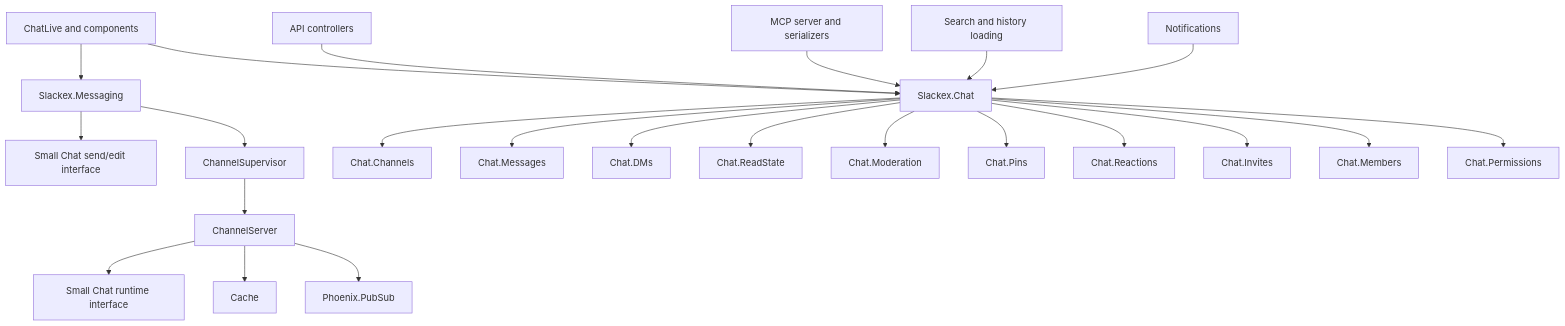
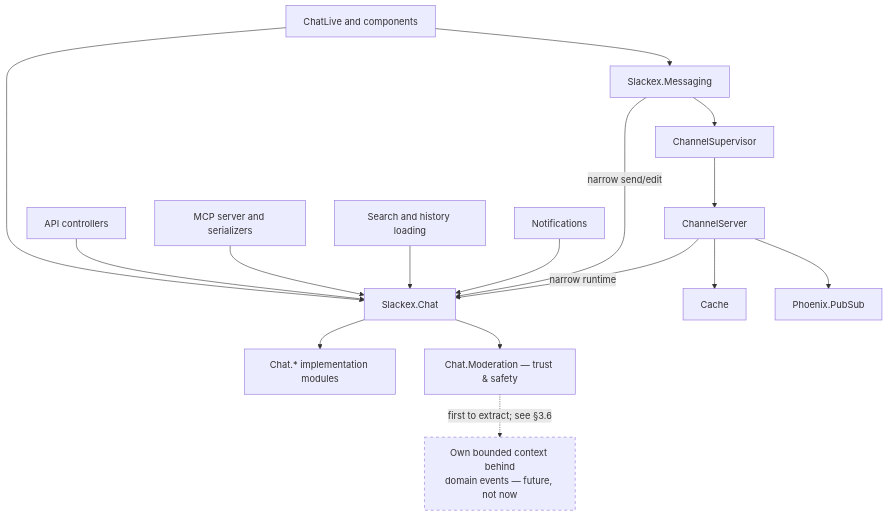
One commit to d-j-will/slackex changed the second of 4 diagrams in docs/architecture/chat-domain-as-is-to-be.md. Above: the diagram before and after it, drawn with Mermaid. The commit also changed other lines of this file, not shown here.

First line of the commit message:
docs(architecture): sharpen chat to-be — separation axis + clean hub diagram

````diff
--- a/docs/architecture/chat-domain-as-is-to-be.md
+++ b/docs/architecture/chat-domain-as-is-to-be.md
@@ -169,29 +169,24 @@
 ```mermaid
 flowchart TD
   LV[ChatLive and components] --> Chat[Slackex.Chat]
-  LV --> Messaging[Slackex.Messaging]
-
   API[API controllers] --> Chat
   MCP[MCP server and serializers] --> Chat
   Search[Search and history loading] --> Chat
   Notifications[Notifications] --> Chat
 
-  Messaging --> ChatSend[Small Chat send/edit interface]
+  LV --> Messaging[Slackex.Messaging]
+  Messaging -->|narrow send/edit| Chat
   Messaging --> ChannelSupervisor[ChannelSupervisor]
   ChannelSupervisor --> ChannelServer[ChannelServer]
-
-  ChannelServer --> ChatRuntime[Small Chat runtime interface]
+  ChannelServer -->|narrow runtime| Chat
   ChannelServer --> Cache[Cache]
   ChannelServer --> PubSub[Phoenix.PubSub]
 
-  Chat --> Channels[Chat.Channels]
-  Chat --> Messages[Chat.Messages]
-  Chat --> DMs[Chat.DMs]
-  Chat --> ReadState[Chat.ReadState]
-  Chat --> Moderation[Chat.Moderation]
-  Chat --> Pins[Chat.Pins]
-  Chat --> Reactions[Chat.Reactions]
-  Chat --> Invites[Chat.Invites]
-  Chat --> Members[Chat.Members]
-  Chat --> Permissions[Chat.Permissions]
+  Chat --> Impl[Chat.* implementation modules]
+  Chat --> Mod[Chat.Moderation — trust & safety]
+
+  Mod -.->|first to extract; see §3.6| Future[Own bounded context behind<br/>domain events — future, not now]
+
+  classDef future stroke-dasharray: 5 5;
+  class Future future;
 ```
````
